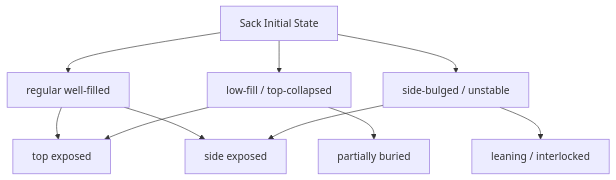
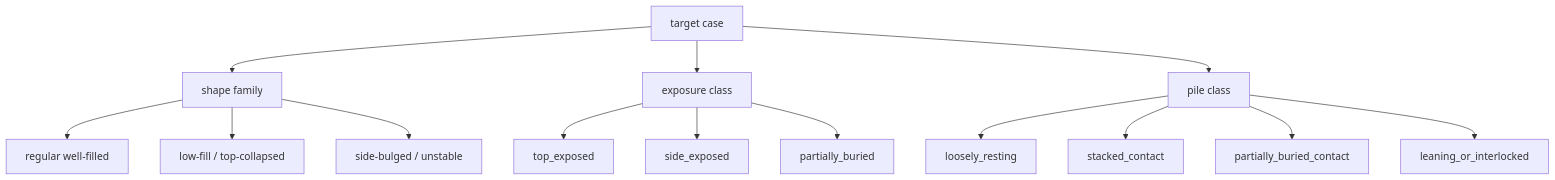
Before and after one commit to MichaelKimseongje/sackcodex2: the second of 3 diagrams in RESEARCH_POSITIONING_KO.md, drawn with Mermaid. The commit also changed other lines of this file and 273 other files, not shown here.

````diff
--- a/RESEARCH_POSITIONING_KO.md
+++ b/RESEARCH_POSITIONING_KO.md
@@ -49,12 +59,16 @@
 ```mermaid
 flowchart TD
-    A[Sack Initial State] --> B[regular well-filled]
-    A --> C[low-fill / top-collapsed]
-    A --> D[side-bulged / unstable]
-    B --> E[top exposed]
-    B --> F[side exposed]
-    C --> E
-    C --> G[partially buried]
-    D --> F
-    D --> H[leaning / interlocked]
+    A[target case] --> B[shape family]
+    A --> C[exposure class]
+    A --> D[pile class]
+    B --> B1[regular well-filled]
+    B --> B2[low-fill / top-collapsed]
+    B --> B3[side-bulged / unstable]
+    C --> C1[top_exposed]
+    C --> C2[side_exposed]
+    C --> C3[partially_buried]
+    D --> D1[loosely_resting]
+    D --> D2[stacked_contact]
+    D --> D3[partially_buried_contact]
+    D --> D4[leaning_or_interlocked]
 ```
````
